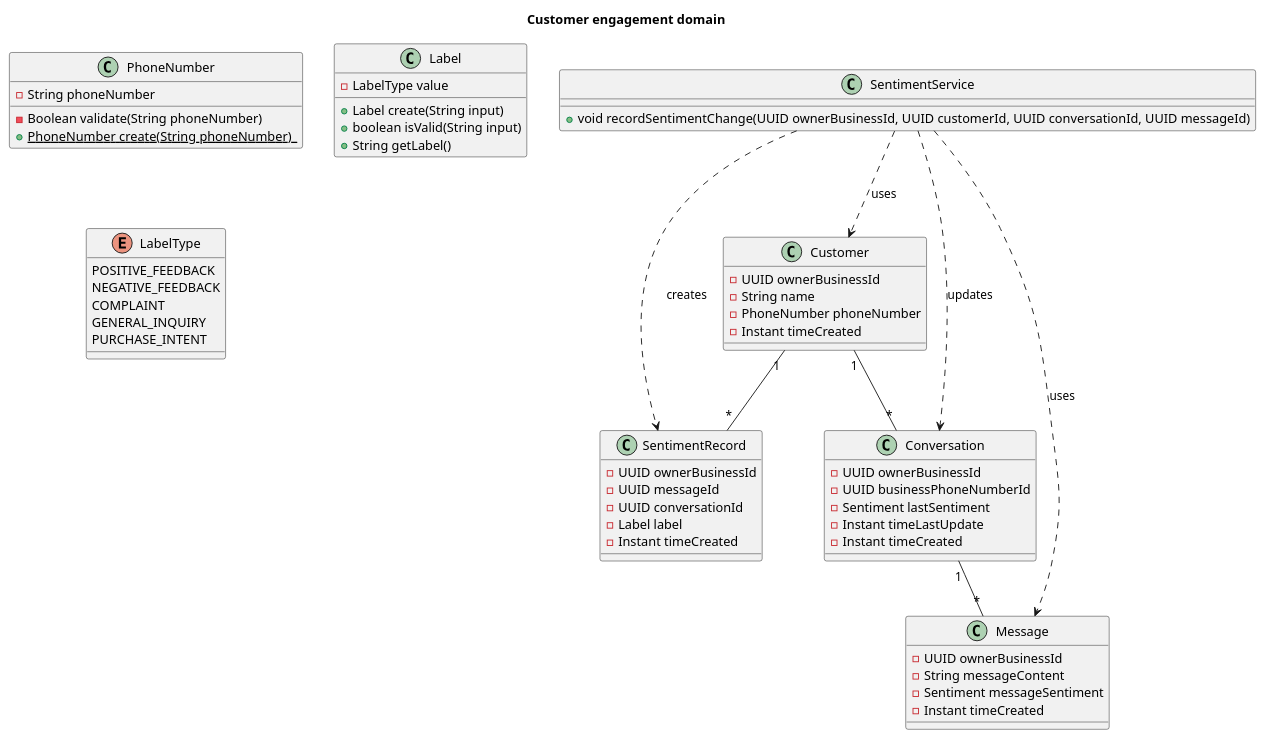
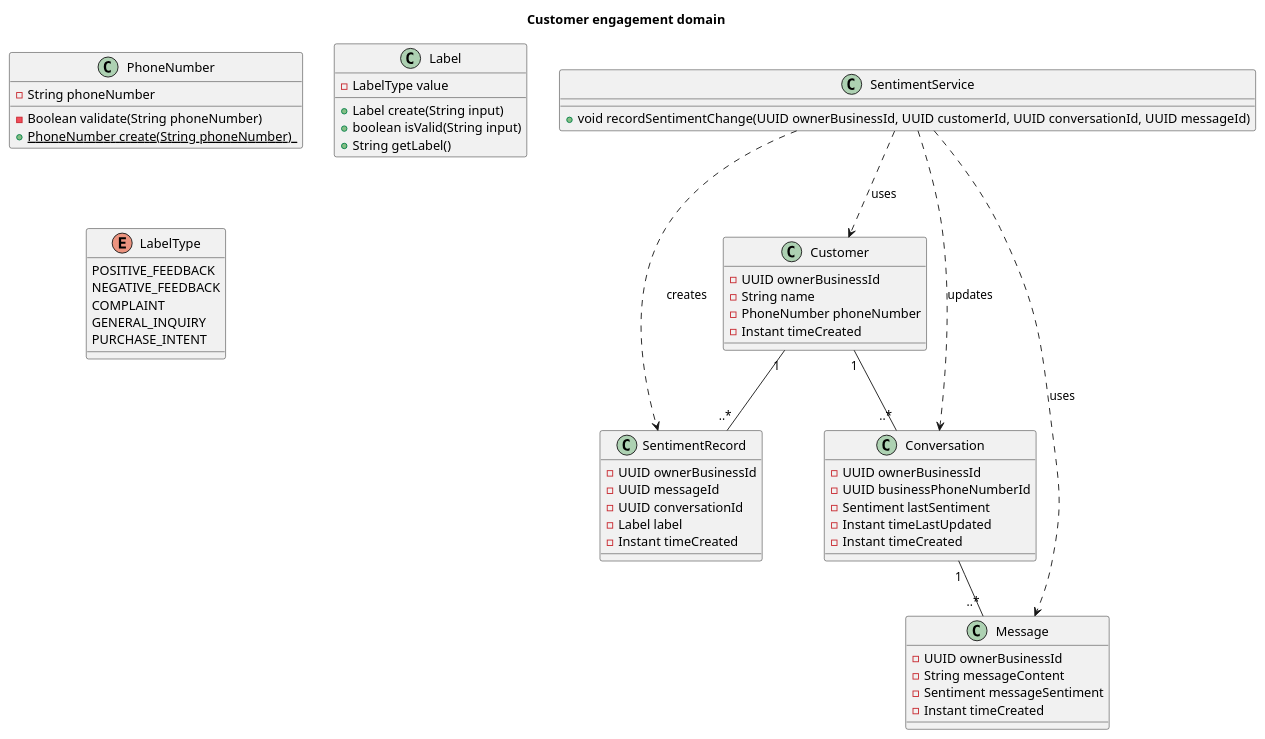
Before and after one commit to pondem87/thuso2jcore: the diagram in docs/uml/domain_modelling/customer_engagement.puml, drawn with PlantUML. The commit also changed 2 other files, not shown here.

```diff
--- a/docs/uml/domain_modelling/customer_engagement.puml
+++ b/docs/uml/domain_modelling/customer_engagement.puml
@@ -1,72 +1,72 @@
 @startuml
 title Customer engagement domain
 
 ' === ENTITY CLASSES ===
 class Customer {
     -UUID ownerBusinessId
     -String name
     -PhoneNumber phoneNumber
     -Instant timeCreated
 }
 
 class Conversation {
     -UUID ownerBusinessId
     -UUID businessPhoneNumberId
     -Sentiment lastSentiment
-    -Instant timeLastUpdate
+    -Instant timeLastUpdated
     -Instant timeCreated
 }
 
 class Message {
     -UUID ownerBusinessId
     -String messageContent
     -Sentiment messageSentiment
     -Instant timeCreated
 }
 
 class SentimentRecord {
     -UUID ownerBusinessId
     -UUID messageId
     -UUID conversationId
     -Label label
     -Instant timeCreated
 }
 
 '=== VALUE OBJECTS ===
 class PhoneNumber {
     -String phoneNumber
     -Boolean validate(String phoneNumber)
     {static}+PhoneNumber create(String phoneNumber)_
 }
 
 class Label {
     -LabelType value
     +Label create(String input)
     +boolean isValid(String input)
     +String getLabel()
 }
 
 enum LabelType {
     POSITIVE_FEEDBACK
     NEGATIVE_FEEDBACK
     COMPLAINT
     GENERAL_INQUIRY
     PURCHASE_INTENT
 }
 
 ' === DOMAIN SERVICE ===
 class SentimentService {
     +void recordSentimentChange(UUID ownerBusinessId, UUID customerId, UUID conversationId, UUID messageId)
 }
 
 '=== ASSOCIATIONS ===
-Customer "1" -- "*" Conversation
-Conversation "1" -- "*" Message
-Customer "1" -- "*" SentimentRecord
+Customer "1" -- "..*" Conversation
+Conversation "1" -- "..*" Message
+Customer "1" -- "..*" SentimentRecord
 
 SentimentService ..> Customer : uses
 SentimentService ..> Message : uses
 SentimentService ..> SentimentRecord : creates
 SentimentService ..> Conversation : updates
 
 @enduml
```
